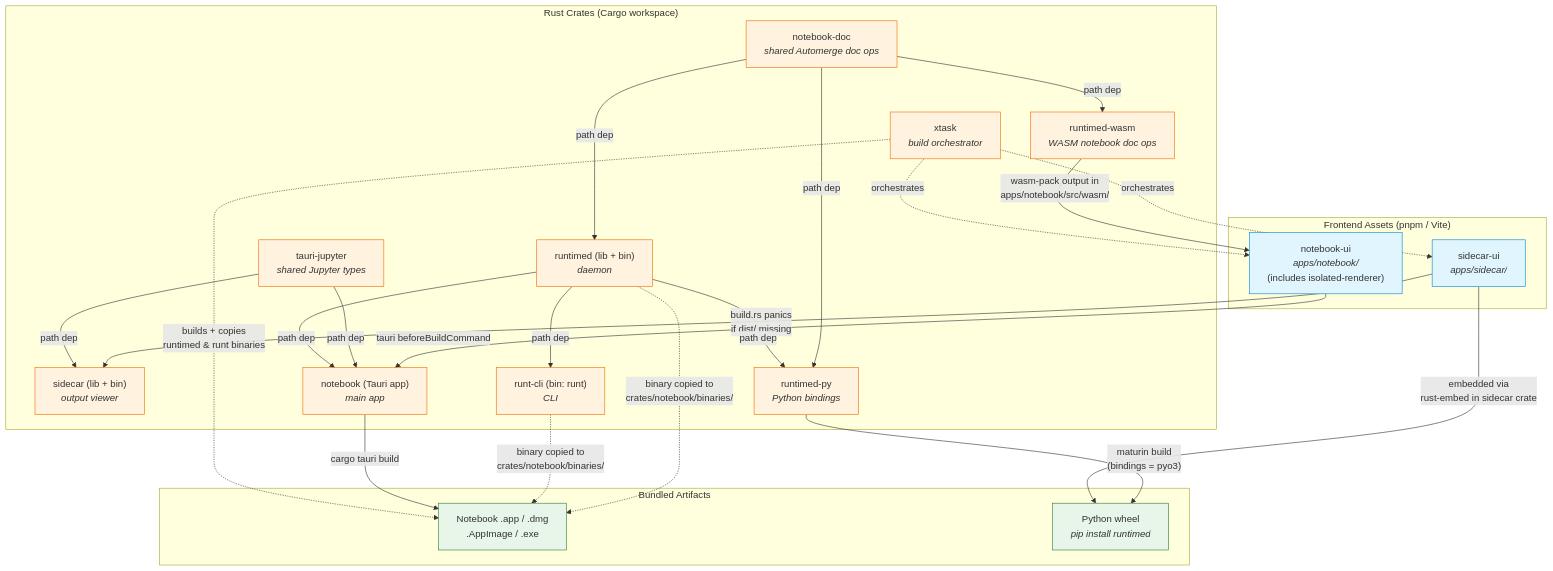
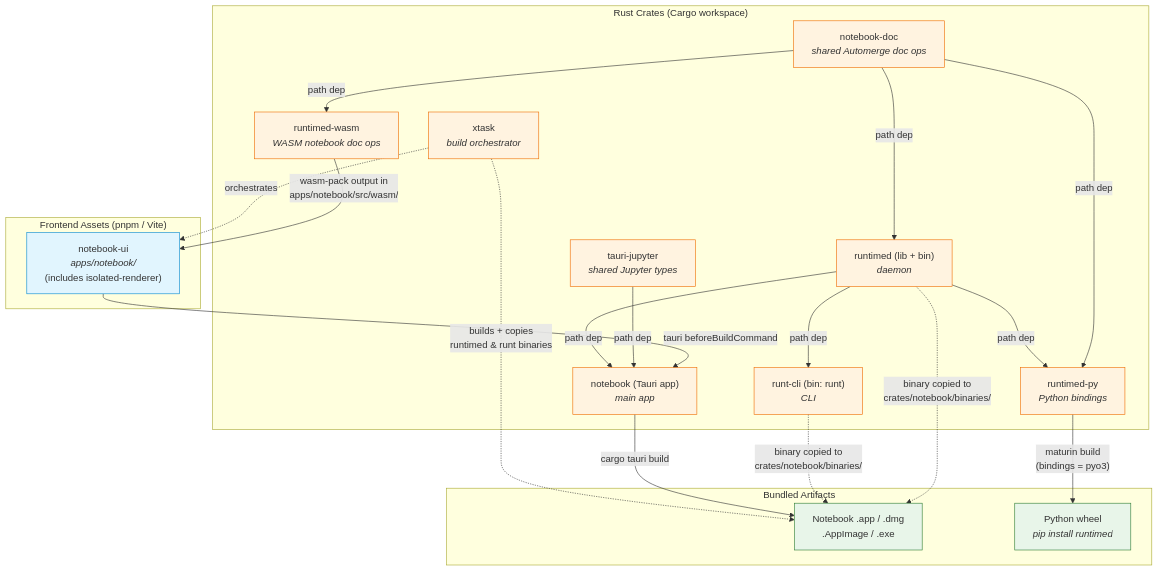
One commit to nteract/desktop changed the first of 3 diagrams in contributing/build-dependencies.md. Above: the diagram before and after it, drawn with Mermaid. The commit also changed other lines of this file and 24 other files, not shown here.

````diff
--- a/contributing/build-dependencies.md
+++ b/contributing/build-dependencies.md
@@ -14,61 +14,55 @@
 ```mermaid
 graph TD
     subgraph "Frontend Assets (pnpm / Vite)"
-        SUI["sidecar-ui<br/><i>apps/sidecar/</i>"]
         NUI["notebook-ui<br/><i>apps/notebook/</i><br/>(includes isolated-renderer)"]
     end
 
     subgraph "Rust Crates (Cargo workspace)"
         TJ["tauri-jupyter<br/><i>shared Jupyter types</i>"]
         ND["notebook-doc<br/><i>shared Automerge doc ops</i>"]
         RD["runtimed (lib + bin)<br/><i>daemon</i>"]
-        SC["sidecar (lib + bin)<br/><i>output viewer</i>"]
         RC["runt-cli (bin: runt)<br/><i>CLI</i>"]
         NB["notebook (Tauri app)<br/><i>main app</i>"]
         XT["xtask<br/><i>build orchestrator</i>"]
         RWASM["runtimed-wasm<br/><i>WASM notebook doc ops</i>"]
         RDPY["runtimed-py<br/><i>Python bindings</i>"]
     end
 
     subgraph "Bundled Artifacts"
         APP["Notebook .app / .dmg<br/>.AppImage / .exe"]
         PY["Python wheel<br/><i>pip install runtimed</i>"]
     end
 
     %% Frontend → Rust compile-time dependencies
-    SUI -->|"build.rs panics<br/>if dist/ missing"| SC
     NUI -->|"tauri beforeBuildCommand"| NB
     RWASM -->|"wasm-pack output in<br/>apps/notebook/src/wasm/"| NUI
 
     %% Rust crate dependencies (path deps in Cargo.toml)
-    TJ -->|"path dep"| SC
     TJ -->|"path dep"| NB
     ND -->|"path dep"| RD
     ND -->|"path dep"| RWASM
     ND -->|"path dep"| RDPY
     RD -->|"path dep"| NB
     RD -->|"path dep"| RC
     RD -->|"path dep"| RDPY
 
     %% External binary bundling (not a Cargo dep — a Tauri bundle dep)
     RD -.->|"binary copied to<br/>crates/notebook/binaries/"| APP
     RC -.->|"binary copied to<br/>crates/notebook/binaries/"| APP
     NB -->|"cargo tauri build"| APP
 
     %% Python package
     RDPY -->|"maturin build<br/>(bindings = pyo3)"| PY
-    SUI -->|"embedded via<br/>rust-embed in sidecar crate"| PY
 
     %% xtask orchestrates everything
-    XT -.->|"orchestrates"| SUI
     XT -.->|"orchestrates"| NUI
     XT -.->|"builds + copies<br/>runtimed & runt binaries"| APP
 
     classDef frontend fill:#e1f5fe,stroke:#0288d1
     classDef rust fill:#fff3e0,stroke:#ef6c00
     classDef artifact fill:#e8f5e9,stroke:#2e7d32
 
-    class SUI,NUI frontend
-    class TJ,ND,RD,SC,RC,NB,XT,RWASM,RDPY rust
+    class NUI frontend
+    class TJ,ND,RD,RC,NB,XT,RWASM,RDPY rust
     class APP,PY artifact
 ```
````
